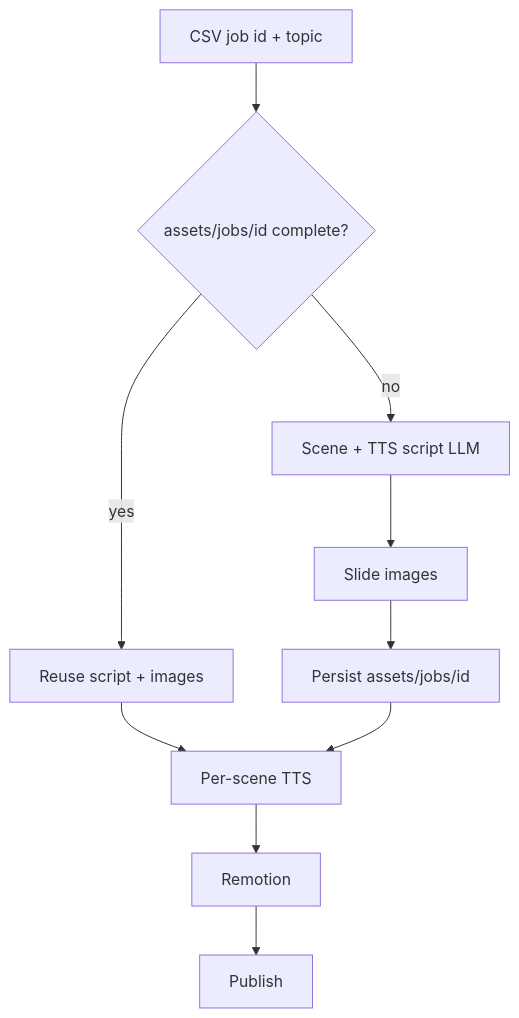
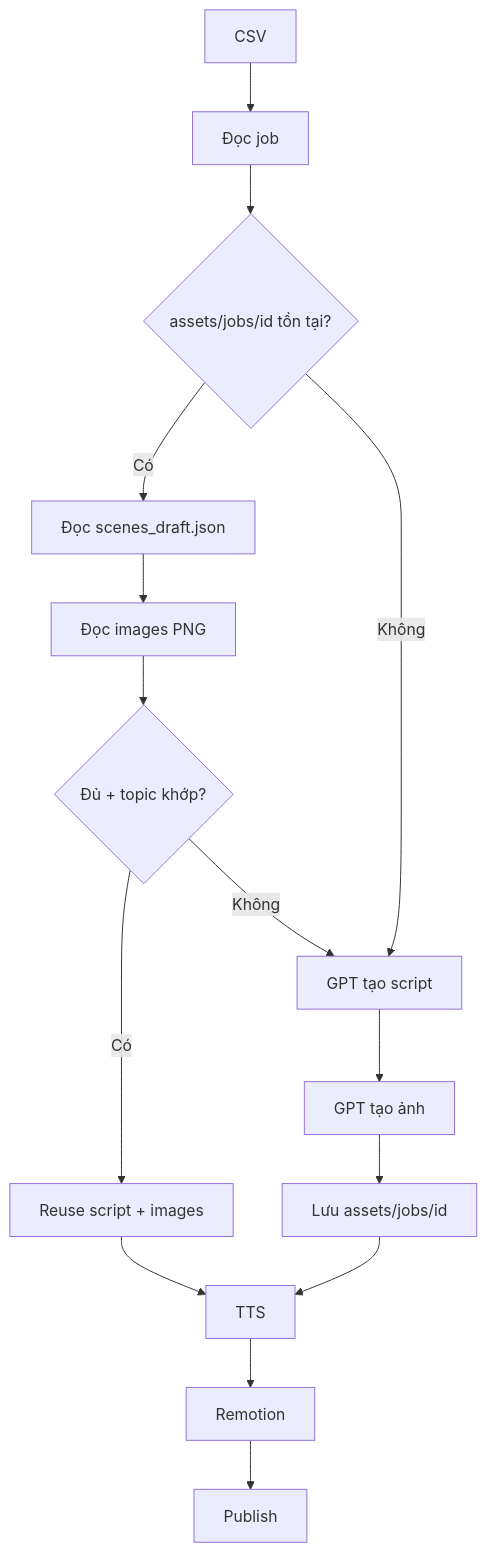
Before and after one commit to ducanh12980/Short-form-content-generator: the second of 2 diagrams in docs/architecture/overview.md, drawn with Mermaid. The commit also changed 7 other files, not shown here.

First line of the commit message:
fix: match detailed job-asset decision flow

````diff
--- a/docs/architecture/overview.md
+++ b/docs/architecture/overview.md
@@ -59,12 +59,17 @@
 ```mermaid
 flowchart TD
-  job[CSV job id + topic] --> cache{"assets/jobs/id complete?"}
-  cache -->|yes| reuse[Reuse script + images]
-  cache -->|no| sw[Scene + TTS script LLM]
-  sw --> imgs[Slide images]
-  imgs --> save[Persist assets/jobs/id]
-  reuse --> tts[Per-scene TTS]
+  csv[CSV] --> readJob[Đọc job]
+  readJob --> exists{"assets/jobs/id tồn tại?"}
+  exists -->|Có| readDraft[Đọc scenes_draft.json]
+  readDraft --> readImgs[Đọc images PNG]
+  readImgs --> enough{"Đủ + topic khớp?"}
+  enough -->|Có| reuse[Reuse script + images]
+  enough -->|Không| gptScript[GPT tạo script]
+  exists -->|Không| gptScript
+  gptScript --> gptImg[GPT tạo ảnh]
+  gptImg --> save[Lưu assets/jobs/id]
+  reuse --> tts[TTS]
   save --> tts
   tts --> remotion[Remotion]
   remotion --> publish[Publish]
 ```
````
